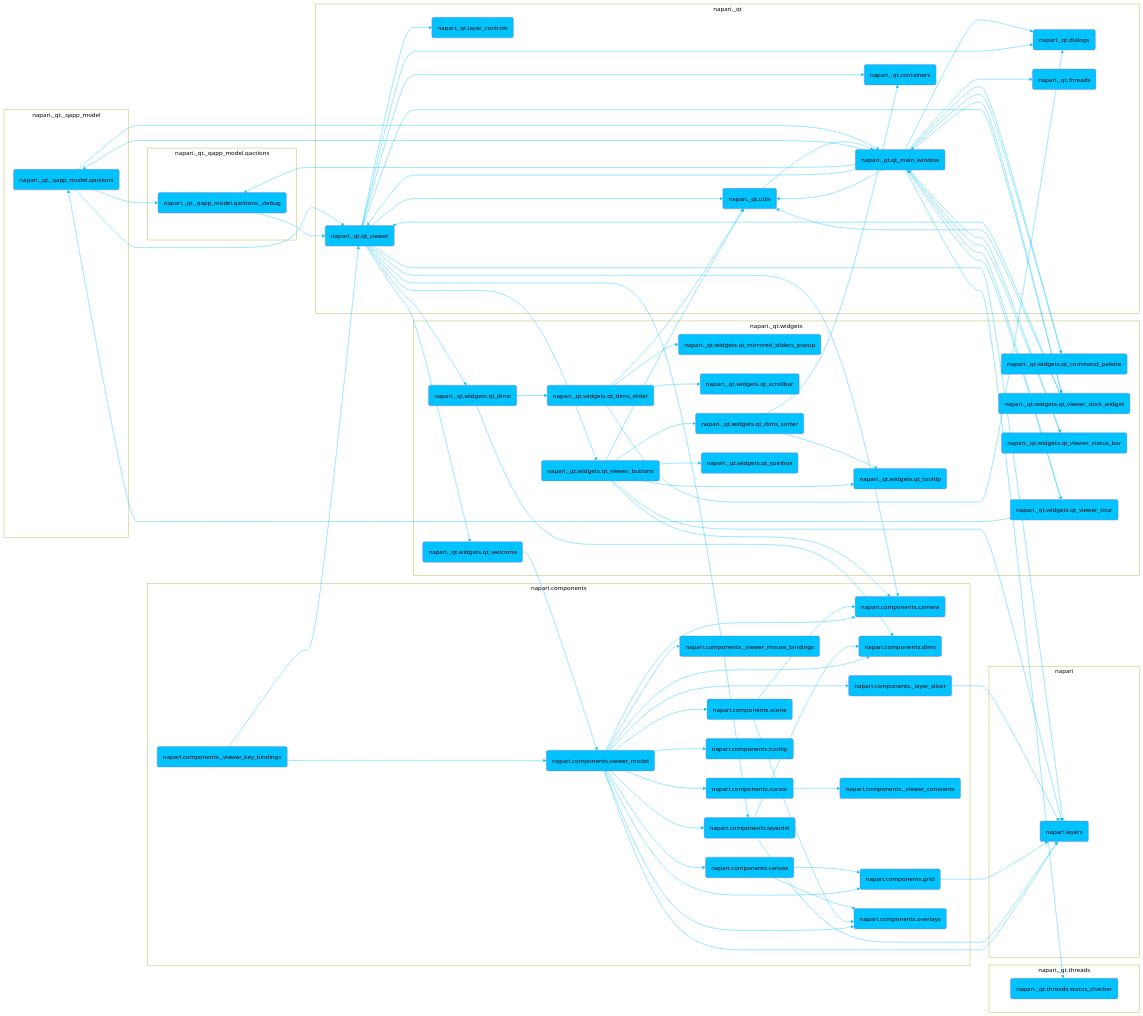
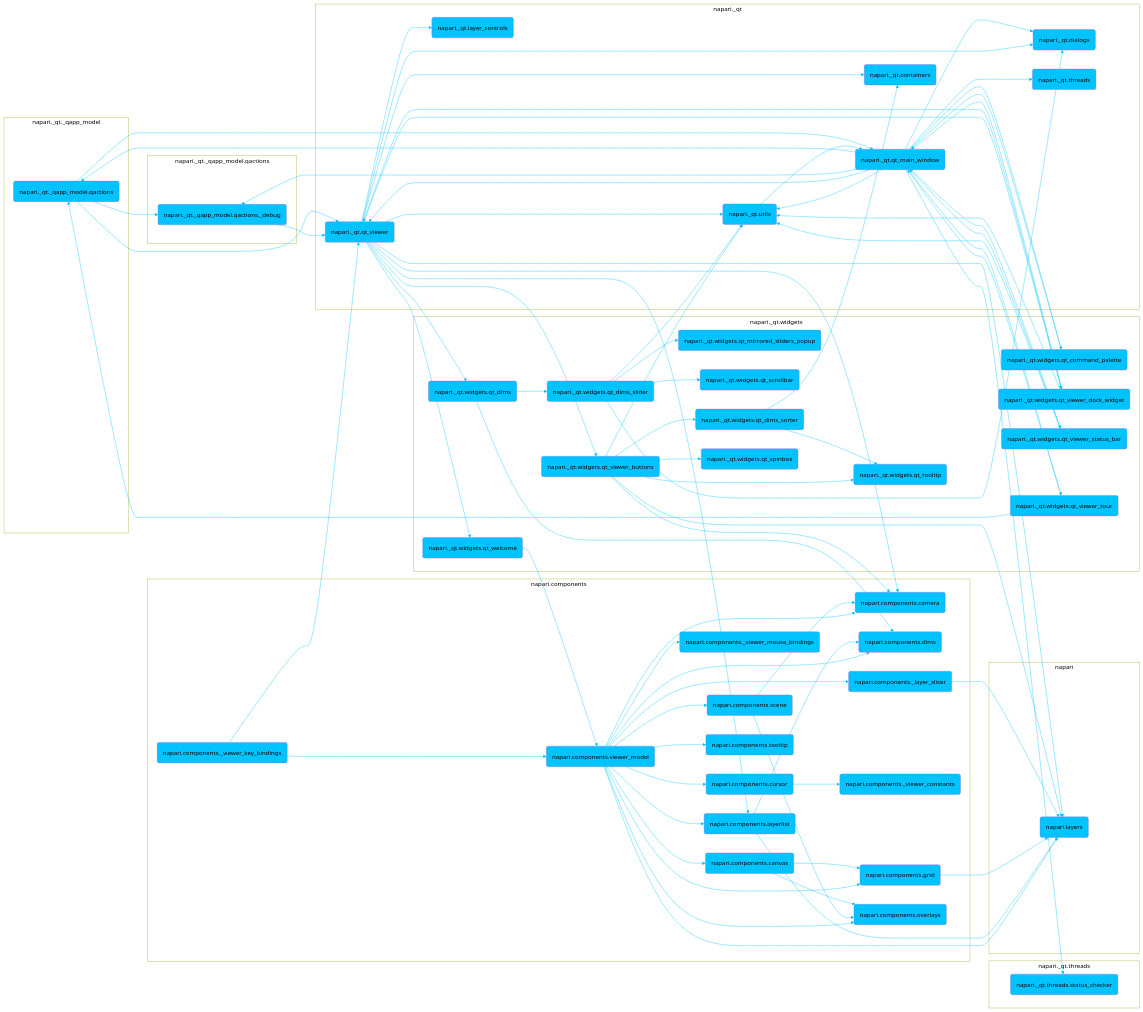
Before and after one commit to napari/napari.github.io: the diagram in dev/_sources/developers/architecture/ui_sections/viewer_ui.md, drawn with Mermaid. The commit also changed 791 other files, not shown here.

```diff
--- a/dev/_sources/developers/architecture/ui_sections/viewer_ui.md
+++ b/dev/_sources/developers/architecture/ui_sections/viewer_ui.md
@@ -90,6 +90,7 @@
 	click napari._qt.widgets.qt_viewer_dock_widget "https://github.com/napari/napari/tree/main/napari/_qt/widgets/qt_viewer_dock_widget.py" _blank
 	napari._qt.widgets.qt_viewer_status_bar(napari._qt.widgets.qt_viewer_status_bar)
 	napari._qt.widgets.qt_viewer_status_bar --> napari._qt.qt_main_window
+	napari._qt.widgets.qt_viewer_status_bar --> napari._qt.utils
 	click napari._qt.widgets.qt_viewer_status_bar "https://github.com/napari/napari/tree/main/napari/_qt/widgets/qt_viewer_status_bar.py" _blank
 	napari._qt.widgets.qt_viewer_tour(napari._qt.widgets.qt_viewer_tour)
 	napari._qt.widgets.qt_viewer_tour --> napari._qt._qapp_model.qactions
```
